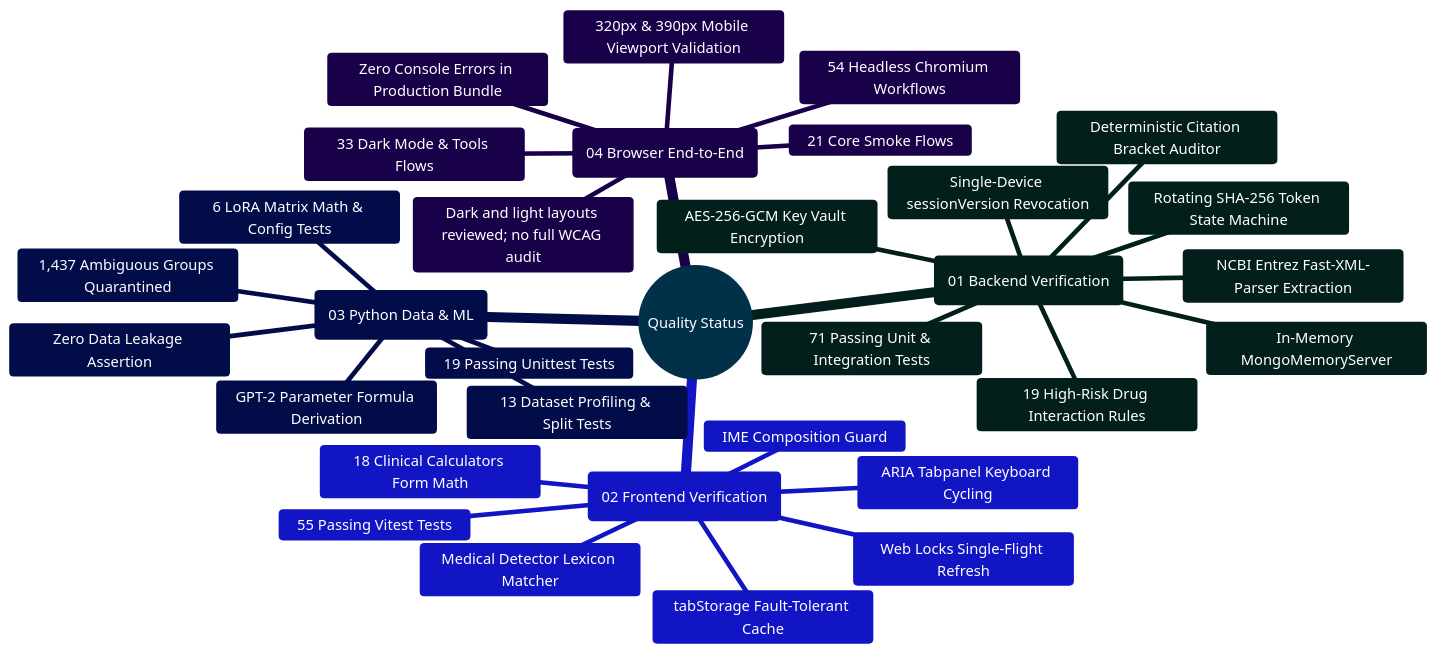
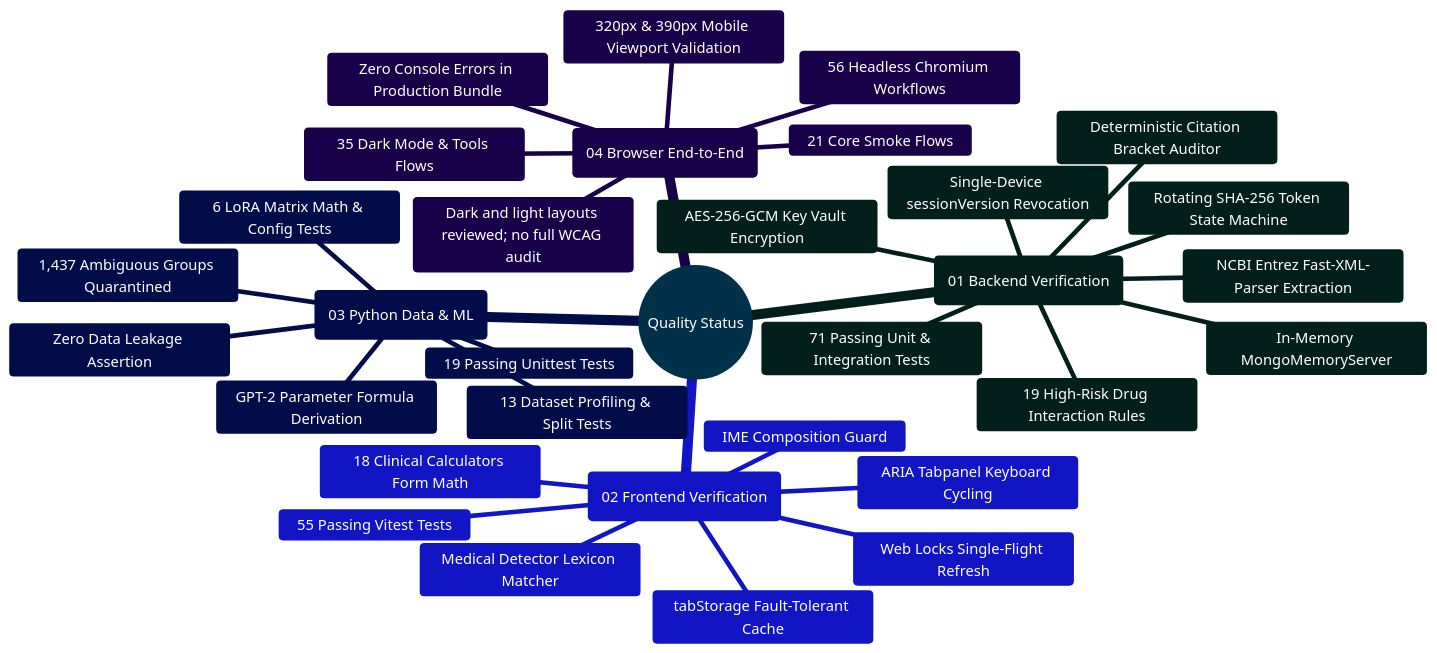
The first of 2 diagrams in docs/IMPLEMENTATION_STATUS.md (Ganesh172919/React-App-LLM), drawn with Mermaid before and after one commit. The commit also changed other lines of this file and 70 other files, not shown here.

````diff
--- a/docs/IMPLEMENTATION_STATUS.md
+++ b/docs/IMPLEMENTATION_STATUS.md
@@ -66,37 +66,37 @@
 ```mermaid
 %%{init: {'theme': 'base', 'themeVariables': { 'primaryColor': '#0284c7', 'primaryTextColor': '#ffffff', 'primaryBorderColor': '#0369a1', 'lineColor': '#0284c7', 'secondaryColor': '#0d9488', 'tertiaryColor': '#6366f1' }}}%%
 mindmap
   root((Quality Status))
     ::icon(fa fa-check-circle)
     (01 Backend Verification)
       71 Passing Unit & Integration Tests
       In-Memory MongoMemoryServer
       Single-Device sessionVersion Revocation
       Rotating SHA-256 Token State Machine
       AES-256-GCM Key Vault Encryption
       NCBI Entrez Fast-XML-Parser Extraction
       Deterministic Citation Bracket Auditor
       19 High-Risk Drug Interaction Rules
     (02 Frontend Verification)
       55 Passing Vitest Tests
       Web Locks Single-Flight Refresh
       tabStorage Fault-Tolerant Cache
       IME Composition Guard
       Medical Detector Lexicon Matcher
       18 Clinical Calculators Form Math
       ARIA Tabpanel Keyboard Cycling
     (03 Python Data & ML)
       19 Passing Unittest Tests
       13 Dataset Profiling & Split Tests
       6 LoRA Matrix Math & Config Tests
       Zero Data Leakage Assertion
       1,437 Ambiguous Groups Quarantined
       GPT-2 Parameter Formula Derivation
     (04 Browser End-to-End)
-      54 Headless Chromium Workflows
+      56 Headless Chromium Workflows
       21 Core Smoke Flows
-      33 Dark Mode & Tools Flows
+      35 Dark Mode & Tools Flows
       320px & 390px Mobile Viewport Validation
       Dark and light layouts reviewed; no full WCAG audit
       Zero Console Errors in Production Bundle
 ```
````
